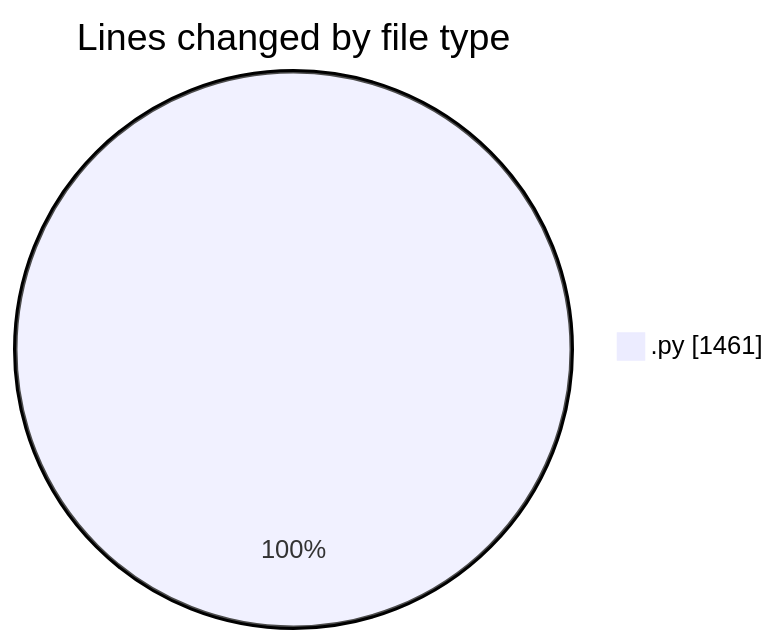
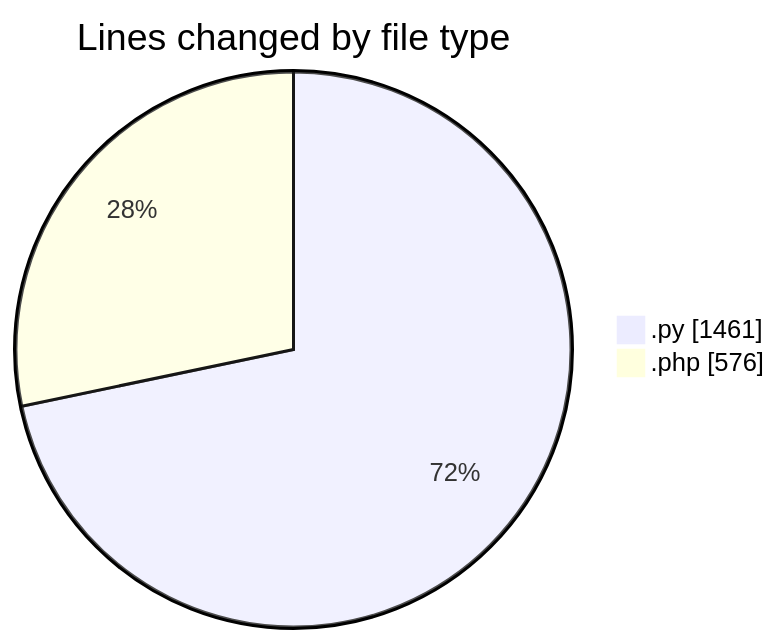
Before and after one commit to debugP/code-tracking: the first of 2 diagrams in 2026-07-06/wp-content/README.md, drawn with Mermaid. The commit also changed other lines of this file and 1 other file, not shown here.

````diff
--- a/2026-07-06/wp-content/README.md
+++ b/2026-07-06/wp-content/README.md
@@ -21,5 +22,6 @@
 ```mermaid
 pie showData
 title Lines changed by file type
 ".py" : 1461
+".php" : 576
 ```
````
